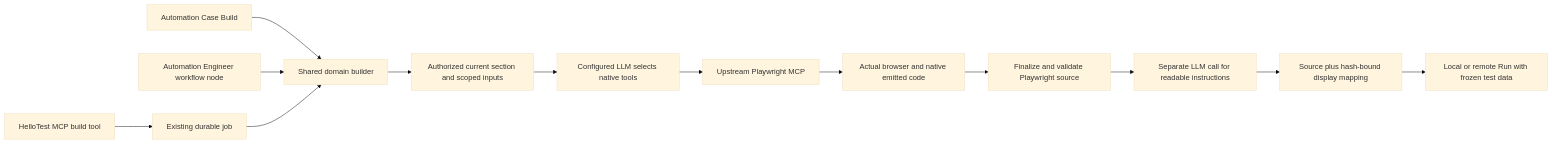
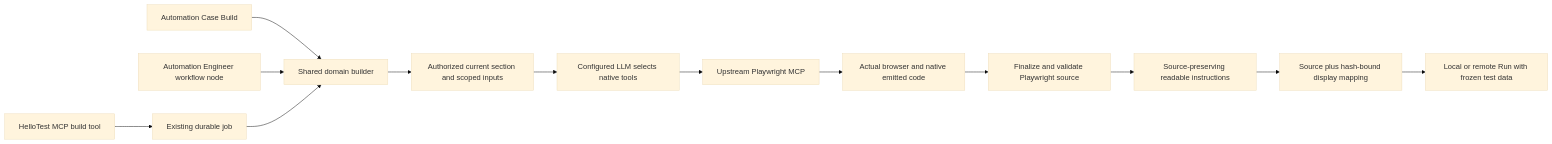
Before and after one commit to peddledigitalspvtltd/hellotest: the diagram in docs/architecture/automation-workflow.md, drawn with Mermaid (base theme). The commit also changed other lines of this file and 276 other files, not shown here.

````diff
--- a/docs/architecture/automation-workflow.md
+++ b/docs/architecture/automation-workflow.md
@@ -48,15 +48,15 @@
 ```mermaid
 flowchart LR
   Case[Automation Case Build] --> Host[Shared domain builder]
   Workflow[Automation Engineer workflow node] --> Host
   HelloMCP[HelloTest MCP build tool] --> Queue[Existing durable job]
   Queue --> Host
   Host --> Input[Authorized current section and scoped inputs]
   Input --> Model[Configured LLM selects native tools]
   Model --> Upstream[Upstream Playwright MCP]
   Upstream --> Browser[Actual browser and native emitted code]
   Browser --> Source[Finalize and validate Playwright source]
-  Source --> Wording[Separate LLM call for readable instructions]
+  Source --> Wording[Source-preserving readable instructions]
   Wording --> Saved[Source plus hash-bound display mapping]
   Saved --> Run[Local or remote Run with frozen test data]
 ```
````
